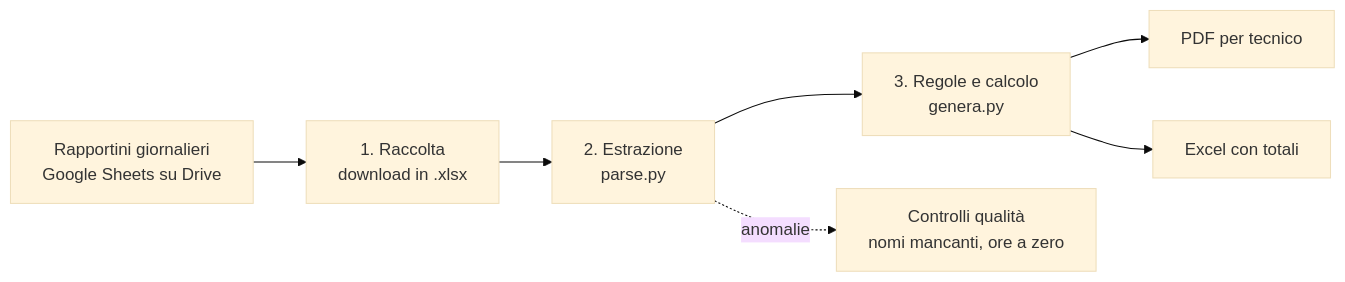
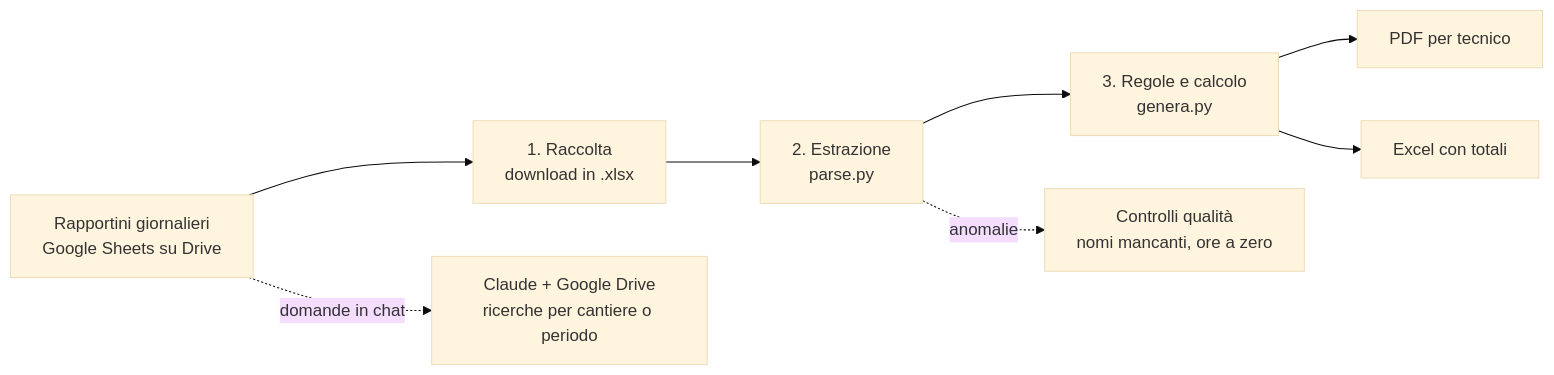
One commit to giolett18/giovanni-datahub changed the diagram in 01-automazione-ore-tecnici/README.md. Above: the diagram before and after it, drawn with Mermaid (base theme). The commit also changed other lines of this file and 1 other file, not shown here.

First line of the commit message:
Aggiunge le ricerche in linguaggio naturale con Claude al progetto ore tecnici

````diff
--- a/01-automazione-ore-tecnici/README.md
+++ b/01-automazione-ore-tecnici/README.md
@@ -16,9 +16,10 @@
 ```mermaid
 flowchart LR
     A[Rapportini giornalieri<br/>Google Sheets su Drive] --> B[1. Raccolta<br/>download in .xlsx]
     B --> C[2. Estrazione<br/>parse.py]
     C --> D[3. Regole e calcolo<br/>genera.py]
     D --> E[PDF per tecnico]
     D --> F[Excel con totali]
     C -. anomalie .-> G[Controlli qualità<br/>nomi mancanti, ore a zero]
+    A -. domande in chat .-> H[Claude + Google Drive<br/>ricerche per cantiere o periodo]
 ```
````
